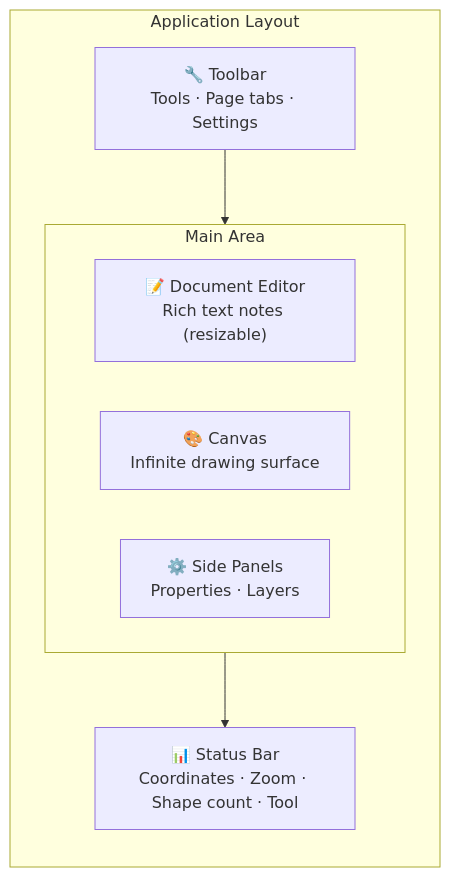
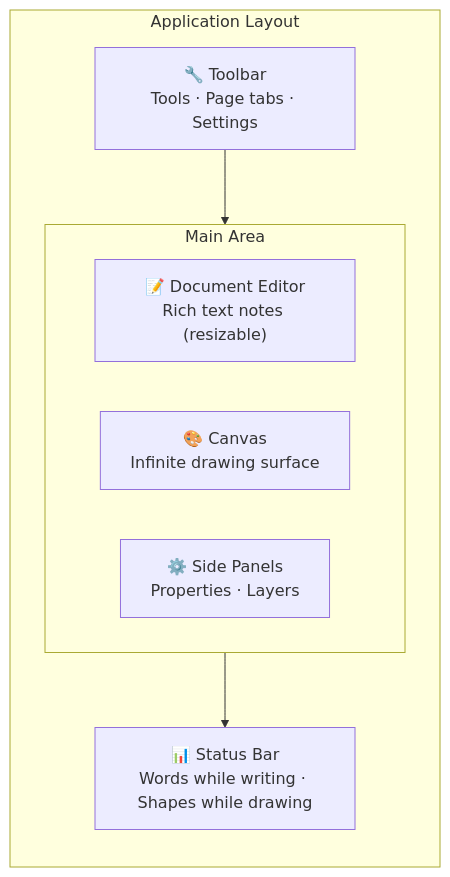
The diagram in docs-site/getting-started/interface-tour.md (JPE-Net-Technologies/docushark), drawn with Mermaid before and after one commit. The commit also changed other lines of this file and 29 other files, not shown here.

First line of the commit message:
Describe the document in the status line, and put zoom on the canvas (DSK-211) (#501)

````diff
--- a/docs-site/getting-started/interface-tour.md
+++ b/docs-site/getting-started/interface-tour.md
@@ -18,15 +18,15 @@
 ```mermaid
 flowchart TB
     subgraph layout["Application Layout"]
         direction TB
         toolbar["🔧 Toolbar<br/>Tools · Page tabs · Settings"]
         subgraph middle["Main Area"]
             direction LR
             editor["📝 Document Editor<br/>Rich text notes (resizable)"]
             canvas["🎨 Canvas<br/>Infinite drawing surface"]
             panels["⚙️ Side Panels<br/>Properties · Layers"]
         end
-        status["📊 Status Bar<br/>Coordinates · Zoom · Shape count · Tool"]
+        status["📊 Status Bar<br/>Words while writing · Shapes while drawing"]
     end
     toolbar --> middle --> status
 ```
````
